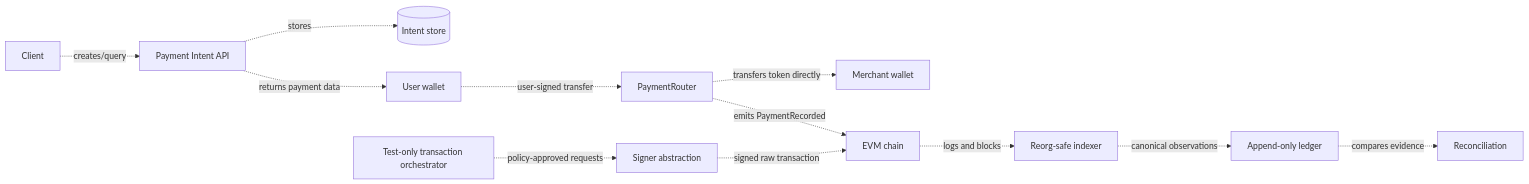
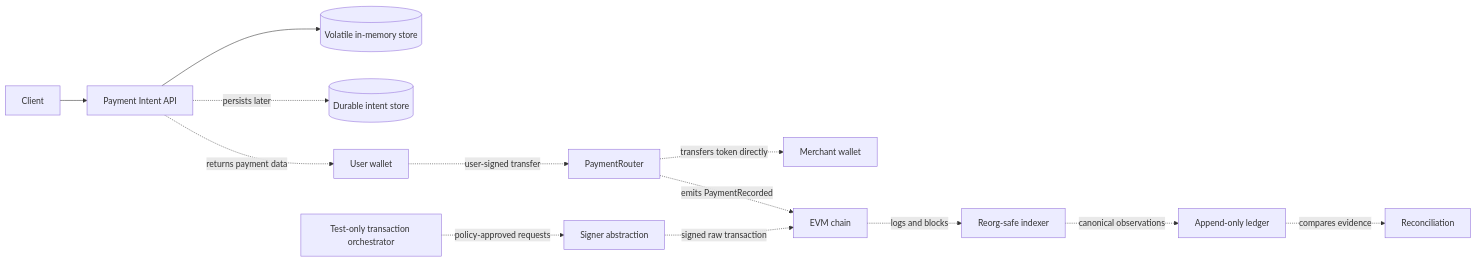
Before and after one commit to xiaocaiisxiaocai/dotnet-evm-payment-sandbox: the second of 2 diagrams in docs/architecture.md, drawn with Mermaid. The commit also changed other lines of this file and 28 other files, not shown here.

Commit message:
Add Week 6 payment intent API

````diff
--- a/docs/architecture.md
+++ b/docs/architecture.md
@@ -84,15 +120,16 @@
 ```mermaid
 flowchart LR
-    Client[Client] -. creates/query .-> API[Payment Intent API]
-    API -. stores .-> IntentStore[(Intent store)]
+    Client[Client] --> API[Payment Intent API]
+    API --> Memory[(Volatile in-memory store)]
+    API -. persists later .-> IntentStore[(Durable intent store)]
     API -. returns payment data .-> Wallet[User wallet]
     Wallet -. user-signed transfer .-> Router[PaymentRouter]
     Router -. transfers token directly .-> Merchant[Merchant wallet]
     Router -. emits PaymentRecorded .-> Chain[EVM chain]
     Chain -. logs and blocks .-> Indexer[Reorg-safe indexer]
     Indexer -. canonical observations .-> Ledger[Append-only ledger]
     Ledger -. compares evidence .-> Reconcile[Reconciliation]
 
     Orchestrator[Test-only transaction orchestrator] -. policy-approved requests .-> Signer[Signer abstraction]
     Signer -. signed raw transaction .-> Chain
 ```
````
